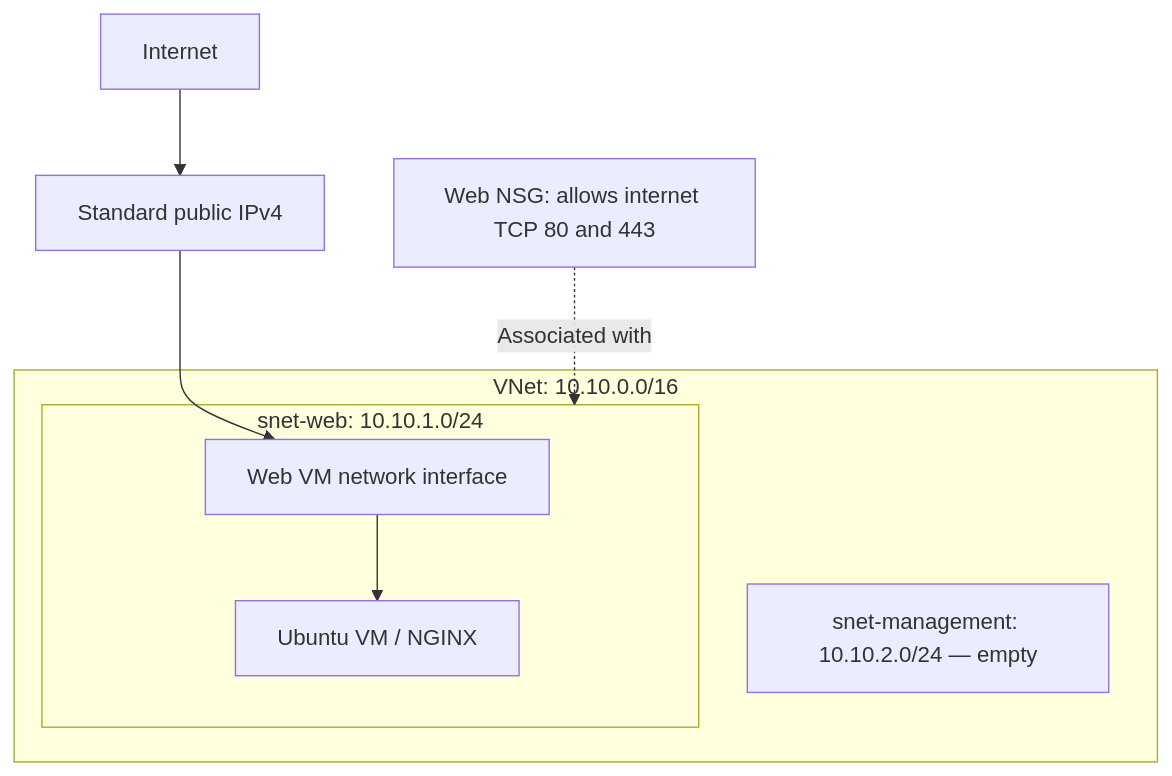
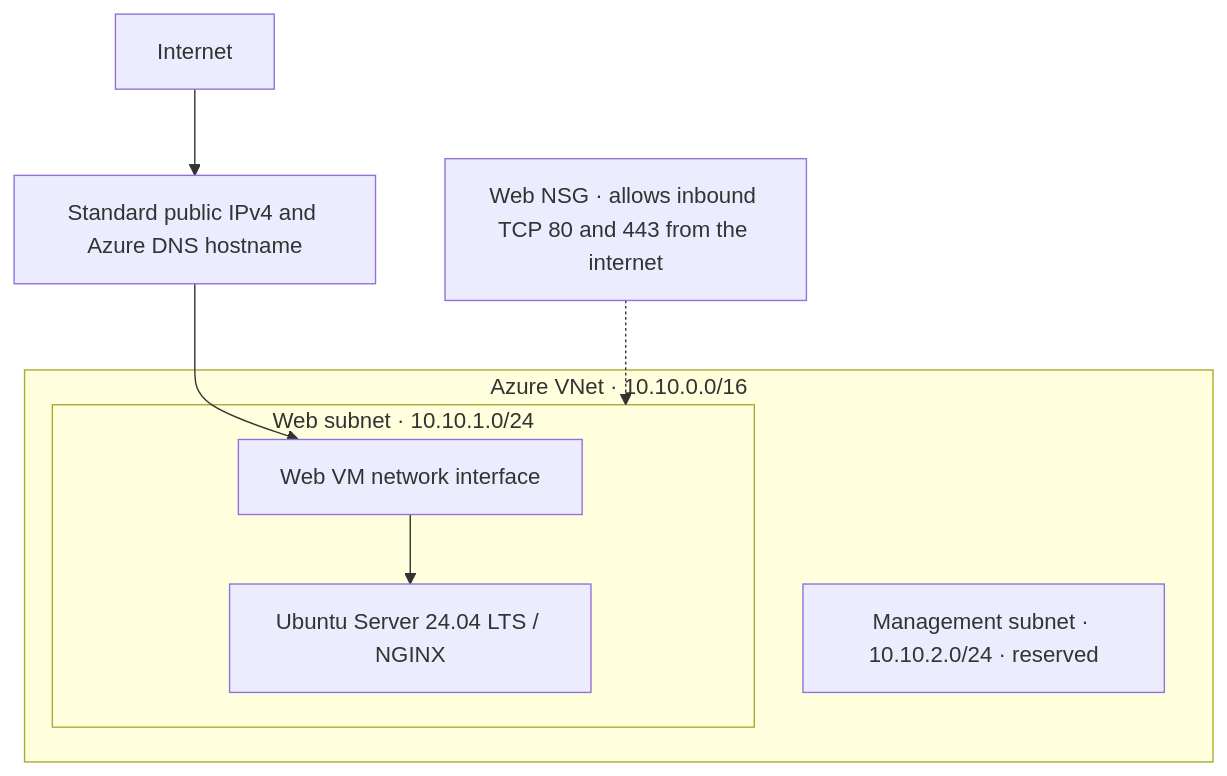
One commit to AdamF93/azure-secure-web-infrastructure changed the diagram in README.md. Above: the diagram before and after it, drawn with Mermaid. The commit also changed other lines of this file and 1 other file, not shown here.

````diff
--- a/README.md
+++ b/README.md
@@ -20,14 +21,14 @@
 ```mermaid
 flowchart TD
-    Internet["Internet"] --> PublicIP["Standard public IPv4"]
-    PublicIP --> WebNIC["Web VM network interface"]
+    Internet["Internet"] --> PublicIP["Standard public IPv4 and Azure DNS hostname"]
 
-    subgraph VNet["VNet: 10.10.0.0/16"]
-        subgraph Web["snet-web: 10.10.1.0/24"]
-            WebNIC --> VM["Ubuntu VM / NGINX"]
+    subgraph VNet["Azure VNet · 10.10.0.0/16"]
+        subgraph Web["Web subnet · 10.10.1.0/24"]
+            NIC["Web VM network interface"] --> VM["Ubuntu Server 24.04 LTS / NGINX"]
         end
-        Management["snet-management: 10.10.2.0/24 — empty"]
+        Management["Management subnet · 10.10.2.0/24 · reserved"]
     end
 
-    NSG["Web NSG: allows internet TCP 80 and 443"] -. "Associated with" .-> Web
+    PublicIP --> NIC
+    NSG["Web NSG · allows inbound TCP 80 and 443 from the internet"] -.-> Web
 ```
````
